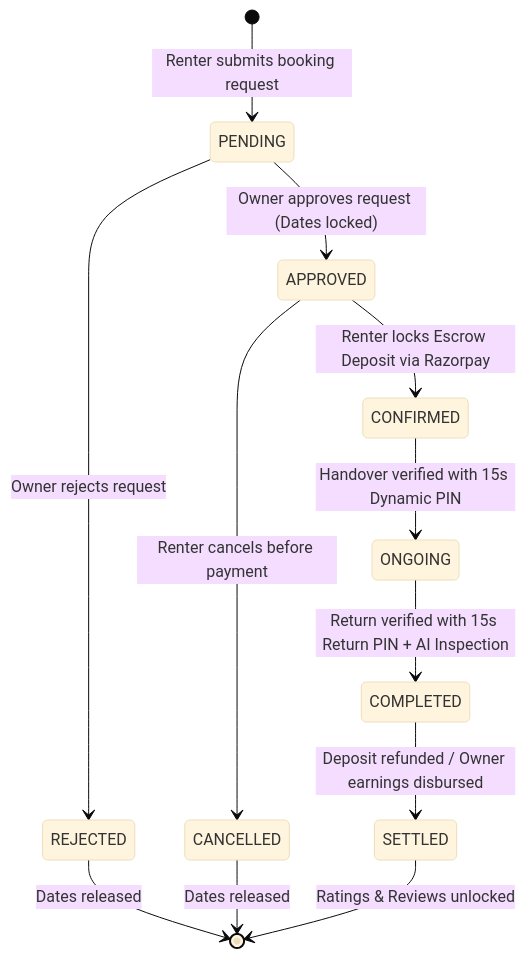
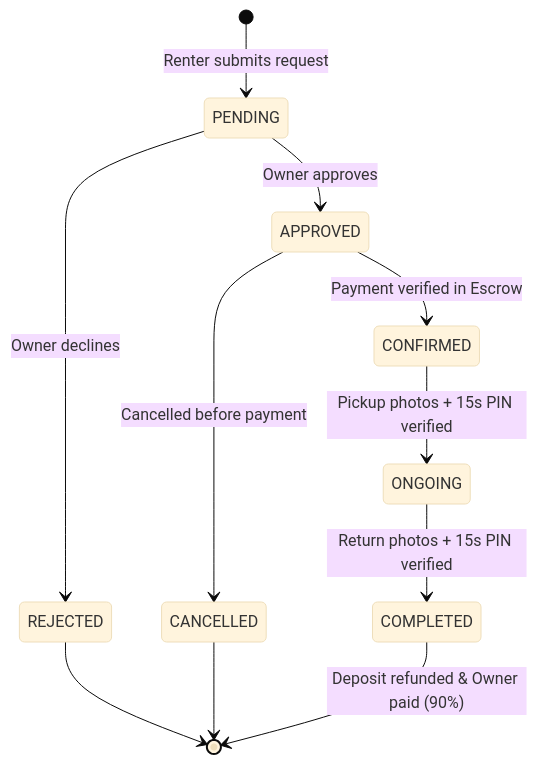
The fourth of 4 diagrams in ReadMe.md (priyanshuraj20/Rentora), drawn with Mermaid (base theme) before and after one commit. The commit also changed other lines of this file, not shown here.

````diff
--- a/ReadMe.md
+++ b/ReadMe.md
@@ -212,14 +132,13 @@
 ```mermaid
 stateDiagram-v2
-    [*] --> PENDING: Renter submits booking request
-    PENDING --> REJECTED: Owner rejects request
-    PENDING --> APPROVED: Owner approves request (Dates locked)
-    APPROVED --> CANCELLED: Renter cancels before payment
-    APPROVED --> CONFIRMED: Renter locks Escrow Deposit via Razorpay
-    CONFIRMED --> ONGOING: Handover verified with 15s Dynamic PIN
-    ONGOING --> COMPLETED: Return verified with 15s Return PIN + AI Inspection
-    COMPLETED --> SETTLED: Deposit refunded / Owner earnings disbursed
-    SETTLED --> [*]: Ratings & Reviews unlocked
-    REJECTED --> [*]: Dates released
-    CANCELLED --> [*]: Dates released
+    [*] --> PENDING: Renter submits request
+    PENDING --> REJECTED: Owner declines
+    PENDING --> APPROVED: Owner approves
+    APPROVED --> CANCELLED: Cancelled before payment
+    APPROVED --> CONFIRMED: Payment verified in Escrow
+    CONFIRMED --> ONGOING: Pickup photos + 15s PIN verified
+    ONGOING --> COMPLETED: Return photos + 15s PIN verified
+    COMPLETED --> [*]: Deposit refunded & Owner paid (90%)
+    REJECTED --> [*]
+    CANCELLED --> [*]
 ```
````
